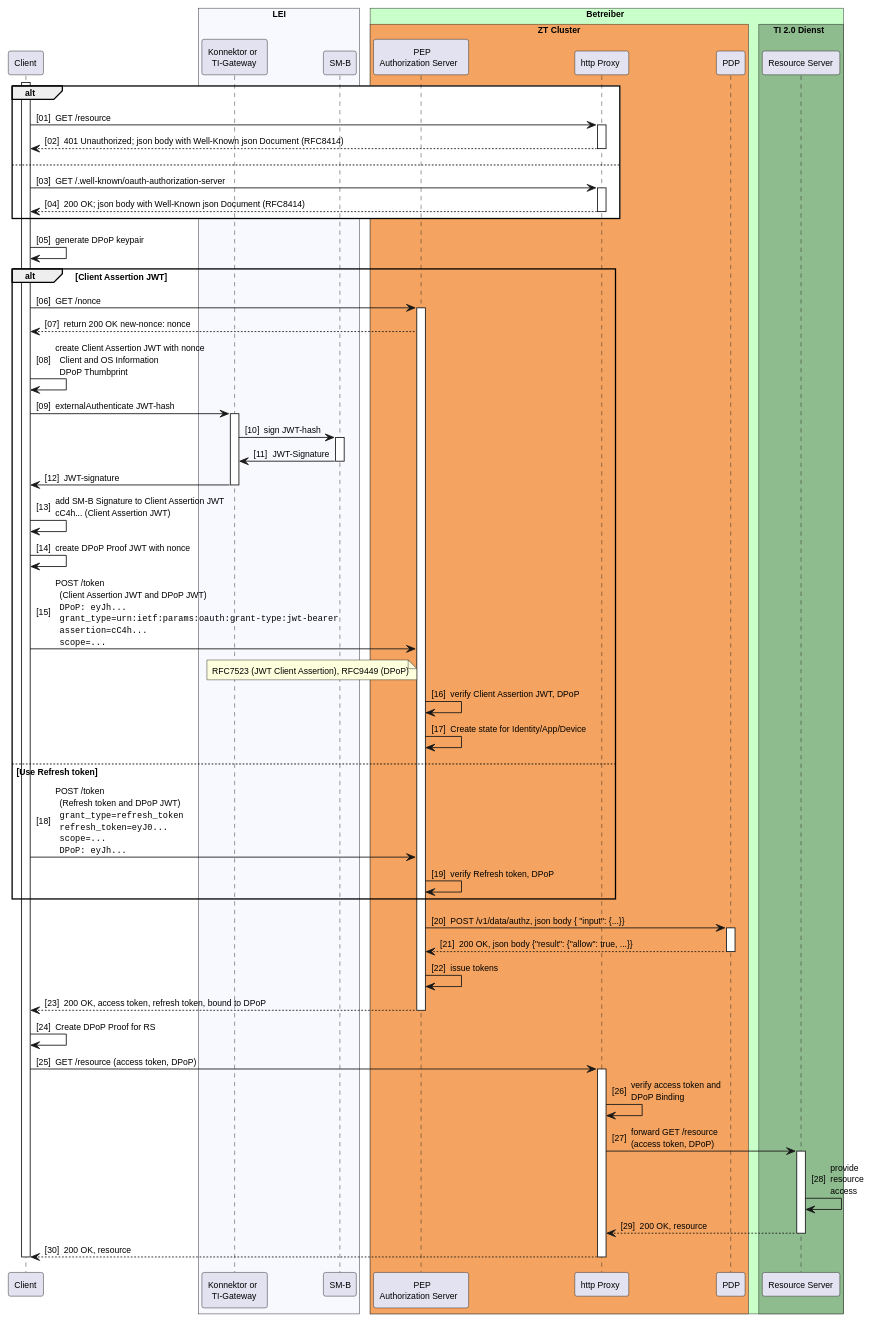
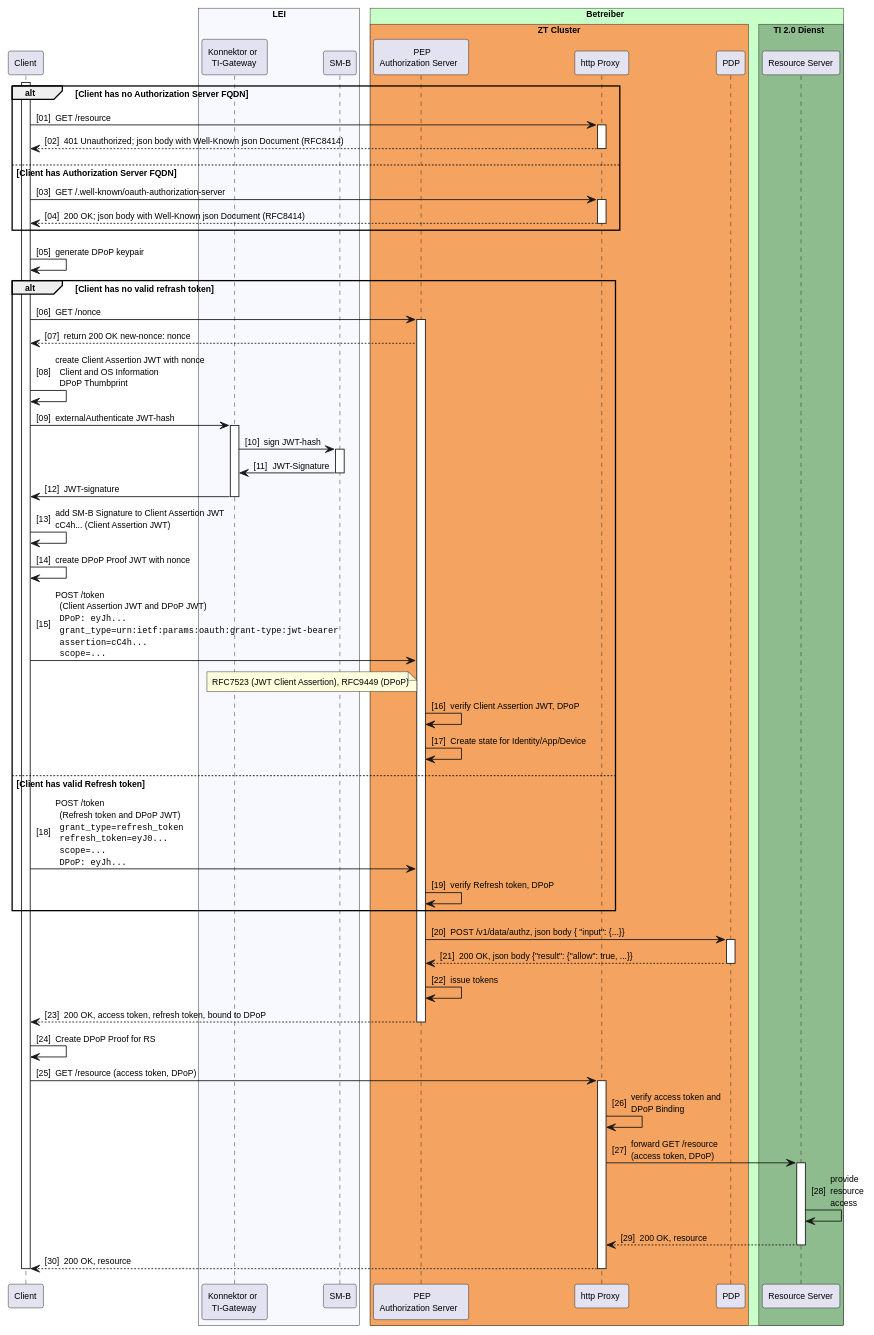
One commit to gematik/spec-t20r changed the diagram in src/plantuml/sm-b-auth.puml. Above: the diagram before and after it, drawn with PlantUML.

```diff
--- a/src/plantuml/sm-b-auth.puml
+++ b/src/plantuml/sm-b-auth.puml
@@ -1,104 +1,104 @@
 @startuml "SM-B_Auth_with_DPoP"
 autonumber "[00]"
 skinparam defaultFontSize 10
 skinparam defaultFontName Helvetica
 skinparam DefaultMonospacedFontName Courier
 skinparam lengthAdjust none
 
 !pragma teoz true
 
 participant Client
 box "LEI" #GhostWhite
     participant Konnektor as "Konnektor or\nTI-Gateway"
     participant SMB as "SM-B"
 end box
 
 box "Betreiber" #TECHNOLOGY
     box "ZT Cluster" #SandyBrown
         participant AuthS as "PEP\nAuthorization Server" 
         participant HP as "http Proxy"
         participant PDP as "PDP"
     endbox
     box TI 2.0 Dienst #DarkSeaGreen
         participant RS as "Resource Server"
     endbox
 end box
 
 activate Client
-alt #White
+alt Client has no Authorization Server FQDN
     Client -> HP: GET /resource
     activate HP
     HP --> Client: 401 Unauthorized; json body with Well-Known json Document (RFC8414)
     deactivate HP
-else 
+else Client has Authorization Server FQDN
     Client -> HP: GET /.well-known/oauth-authorization-server 
     activate HP
     HP --> Client: 200 OK; json body with Well-Known json Document (RFC8414)
     deactivate HP
 end
 
 Client -> Client: generate DPoP keypair
-alt Client Assertion JWT
+alt Client has no valid refrash token
 Client -> AuthS: GET /nonce
 activate AuthS
 AuthS --> Client: return 200 OK new-nonce: nonce
 Client -> Client: create Client Assertion JWT with nonce\n  Client and OS Information\n  DPoP Thumbprint
 Client -> Konnektor: externalAuthenticate JWT-hash
 activate Konnektor
 Konnektor -> SMB: sign JWT-hash
 activate SMB
 SMB -> Konnektor: JWT-Signature
 deactivate SMB
 Konnektor -> Client: JWT-signature
 deactivate Konnektor
 
 Client -> Client: add SM-B Signature to Client Assertion JWT\n\
 cC4h... (Client Assertion JWT)
 Client -> Client: create DPoP Proof JWT with nonce
 Client -> AuthS: POST /token\n\
   (Client Assertion JWT and DPoP JWT)\n\
   ""DPoP: eyJh...""\n\
   ""grant_type=urn:ietf:params:oauth:grant-type:jwt-bearer""\n\
   ""assertion=cC4h...""\n\
   ""scope=...""
 note left of AuthS
   RFC7523 (JWT Client Assertion), RFC9449 (DPoP)
 end note
 AuthS -> AuthS: verify Client Assertion JWT, DPoP
 AuthS -> AuthS: Create state for Identity/App/Device
-else Use Refresh token
+else Client has valid Refresh token
 Client -> AuthS: POST /token\n\
   (Refresh token and DPoP JWT)\n\
   ""grant_type=refresh_token""\n\
   ""refresh_token=eyJ0...""\n\
   ""scope=...""\n\
   ""DPoP: eyJh...""
 AuthS -> AuthS: verify Refresh token, DPoP
 end
 
 AuthS -> PDP: POST /v1/data/authz, json body {  "input": {...}} 
 activate PDP
 PDP --> AuthS: 200 OK, json body {"result": {"allow": true, ...}}
 deactivate PDP
 AuthS -> AuthS: issue tokens
 AuthS --> Client: 200 OK, access token, refresh token, bound to DPoP
 deactivate AuthS
 Client -> Client: Create DPoP Proof for RS
 
 Client -> HP: GET /resource (access token, DPoP)
 activate HP
 HP -> HP: verify access token and\nDPoP Binding
 HP -> RS: forward GET /resource\n\
 (access token, DPoP)
 activate RS
 RS -> RS: provide\n\
 resource\n\
 access
 RS --> HP: 200 OK, resource
 deactivate RS
 HP --> Client: 200 OK, resource
 deactivate HP
 deactivate RS
 deactivate Client
 
 @enduml
```
